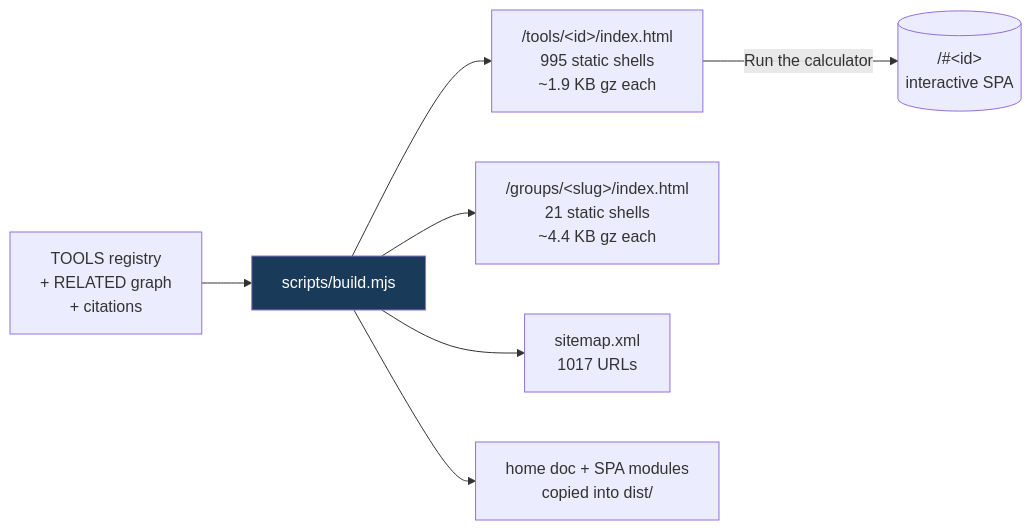
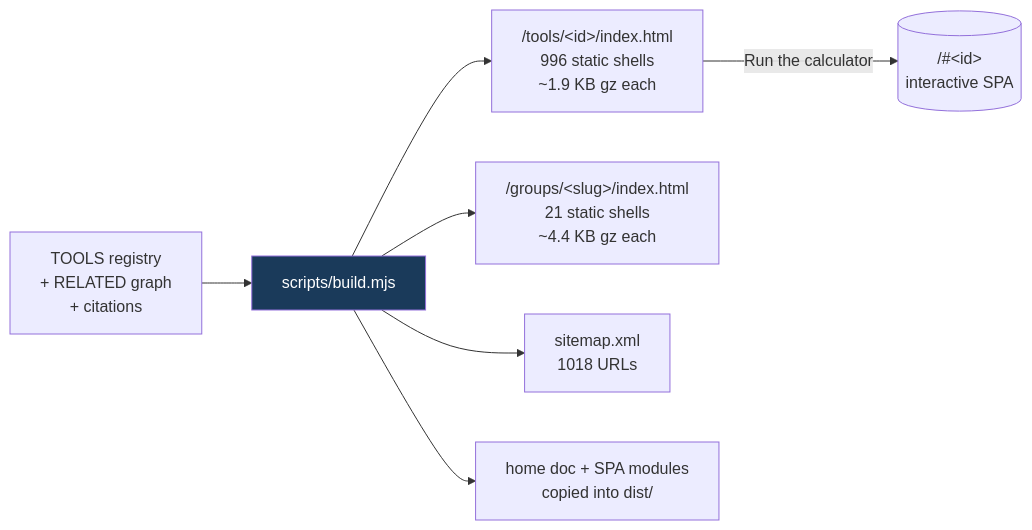
The fifth of 8 diagrams in README.md (clay-good/roughlogic.com), drawn with Mermaid before and after one commit. The commit also changed other lines of this file and 14 other files, not shown here.

````diff
--- a/README.md
+++ b/README.md
@@ -495,10 +495,10 @@
 ```mermaid
 flowchart LR
     SRC[TOOLS registry\n+ RELATED graph\n+ citations] --> BUILD[scripts/build.mjs]
-    BUILD --> TILE["/tools/&lt;id&gt;/index.html\n995 static shells\n~1.9 KB gz each"]
+    BUILD --> TILE["/tools/&lt;id&gt;/index.html\n996 static shells\n~1.9 KB gz each"]
     BUILD --> GROUP["/groups/&lt;slug&gt;/index.html\n21 static shells\n~4.4 KB gz each"]
-    BUILD --> MAP["sitemap.xml\n1017 URLs"]
+    BUILD --> MAP["sitemap.xml\n1018 URLs"]
     BUILD --> COPY[home doc + SPA modules\ncopied into dist/]
     TILE -->|Run the calculator| SPA[("/#&lt;id&gt;\ninteractive SPA")]
     style BUILD fill:#1a3a5a,color:#fff
 ```
````
